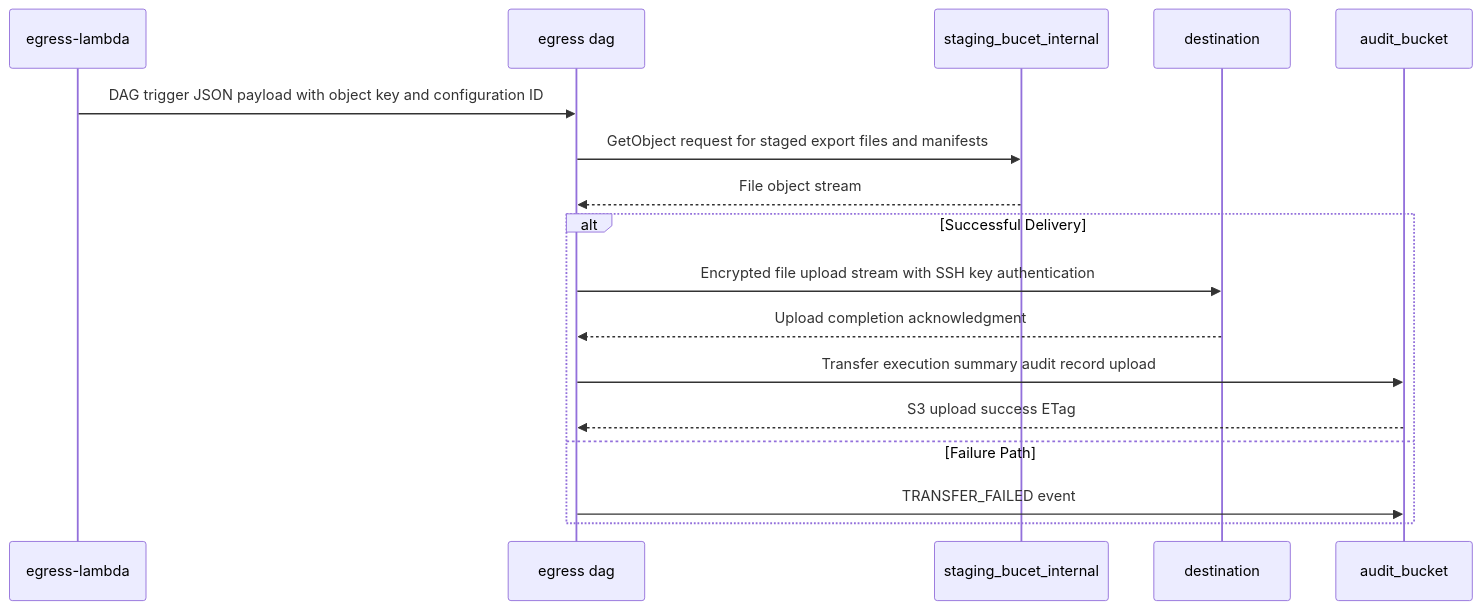
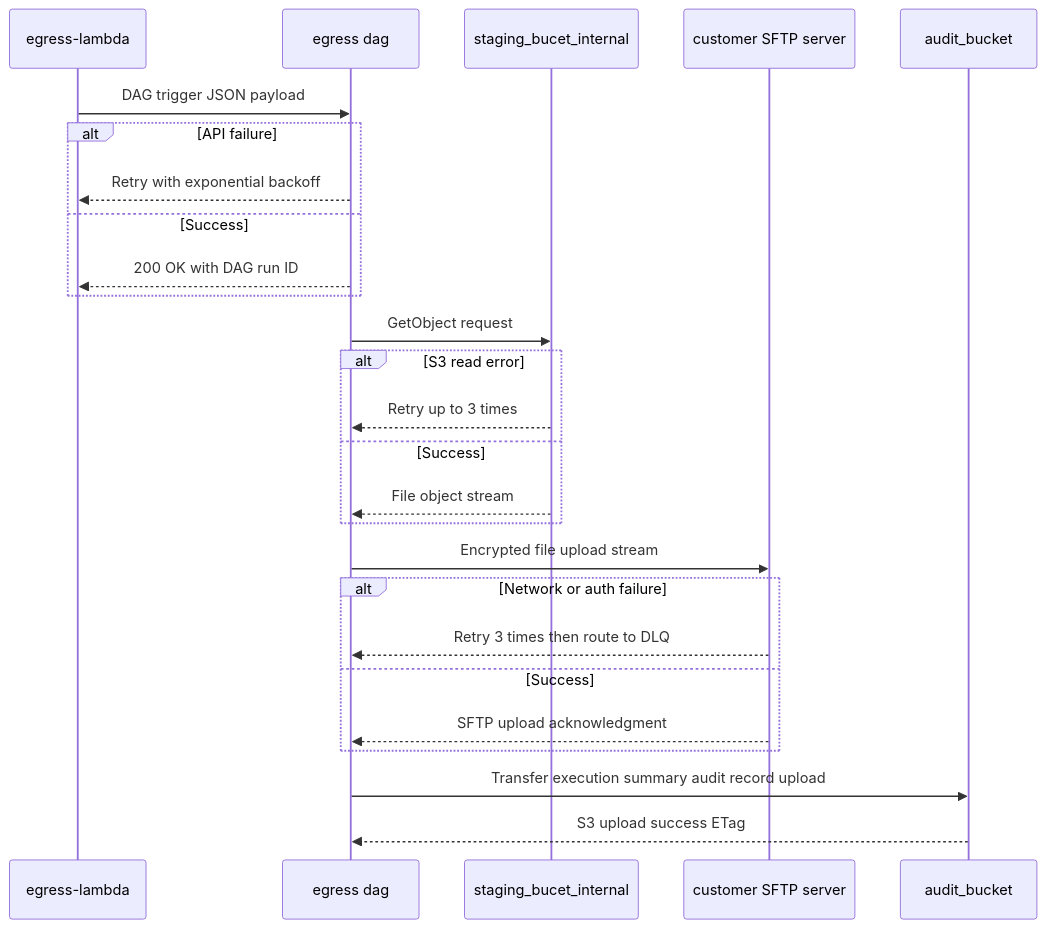
One commit to laminarzk/rudra-repo changed the tenth of 13 diagrams in docs/design/dataoutbound_product_section_tree_high_level_design.md. Above: the diagram before and after it, drawn with Mermaid. The commit also changed other lines of this file and 10 other files, not shown here.

Commit message:
Rudra: generate architecture documents

````diff
--- a/docs/design/dataoutbound_product_section_tree_high_level_design.md
+++ b/docs/design/dataoutbound_product_section_tree_high_level_design.md
@@ -4495,19 +4750,32 @@
 ```mermaid
 sequenceDiagram
-participant egress-lambda
-participant egress dag
-participant staging_bucet_internal
-participant destination
-participant audit_bucket
-egress-lambda->>egress dag: DAG trigger JSON payload with object key and configuration ID
-egress dag->>staging_bucet_internal: GetObject request for staged export files and manifests
-staging_bucet_internal-->>egress dag: File object stream
-alt Successful Delivery
-egress dag->>destination: Encrypted file upload stream with SSH key authentication
-destination-->>egress dag: Upload completion acknowledgment
-egress dag->>audit_bucket: Transfer execution summary audit record upload
-audit_bucket-->>egress dag: S3 upload success ETag
-else Failure Path
-egress dag->>audit_bucket: TRANSFER_FAILED event
-end
+    participant egress-lambda
+    participant egress dag
+    participant staging_bucet_internal
+    participant customer SFTP server
+    participant audit_bucket
+
+    egress-lambda->>egress dag: DAG trigger JSON payload
+    alt API failure
+        egress dag-->>egress-lambda: Retry with exponential backoff
+    else Success
+        egress dag-->>egress-lambda: 200 OK with DAG run ID
+    end
+
+    egress dag->>staging_bucet_internal: GetObject request
+    alt S3 read error
+        staging_bucet_internal-->>egress dag: Retry up to 3 times
+    else Success
+        staging_bucet_internal-->>egress dag: File object stream
+    end
+
+    egress dag->>customer SFTP server: Encrypted file upload stream
+    alt Network or auth failure
+        customer SFTP server-->>egress dag: Retry 3 times then route to DLQ
+    else Success
+        customer SFTP server-->>egress dag: SFTP upload acknowledgment
+    end
+
+    egress dag->>audit_bucket: Transfer execution summary audit record upload
+    audit_bucket-->>egress dag: S3 upload success ETag
 ```
````
